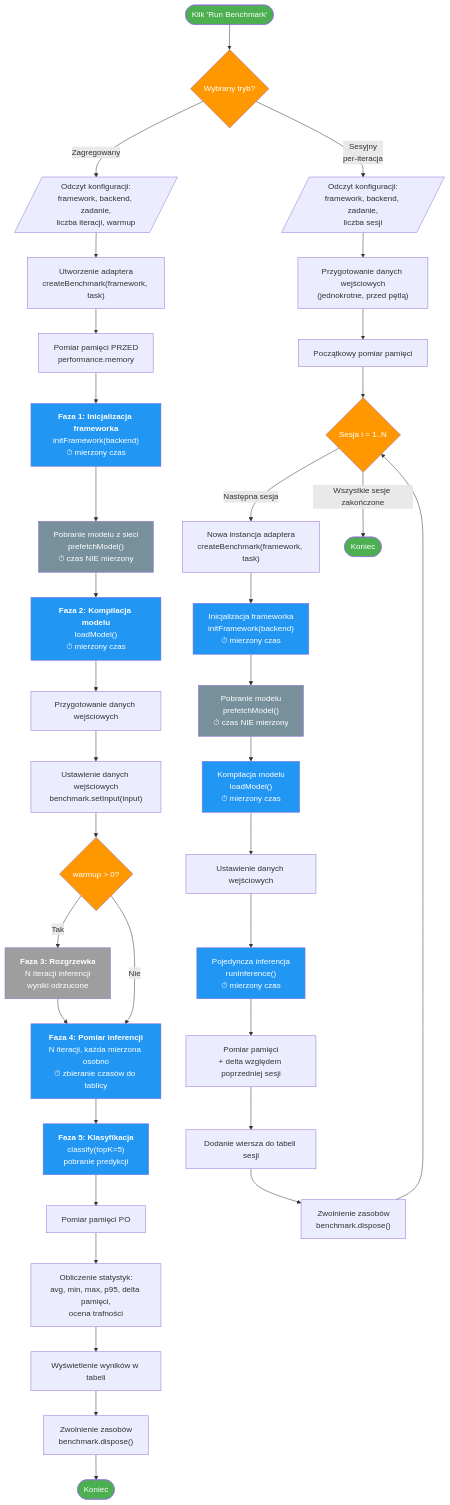
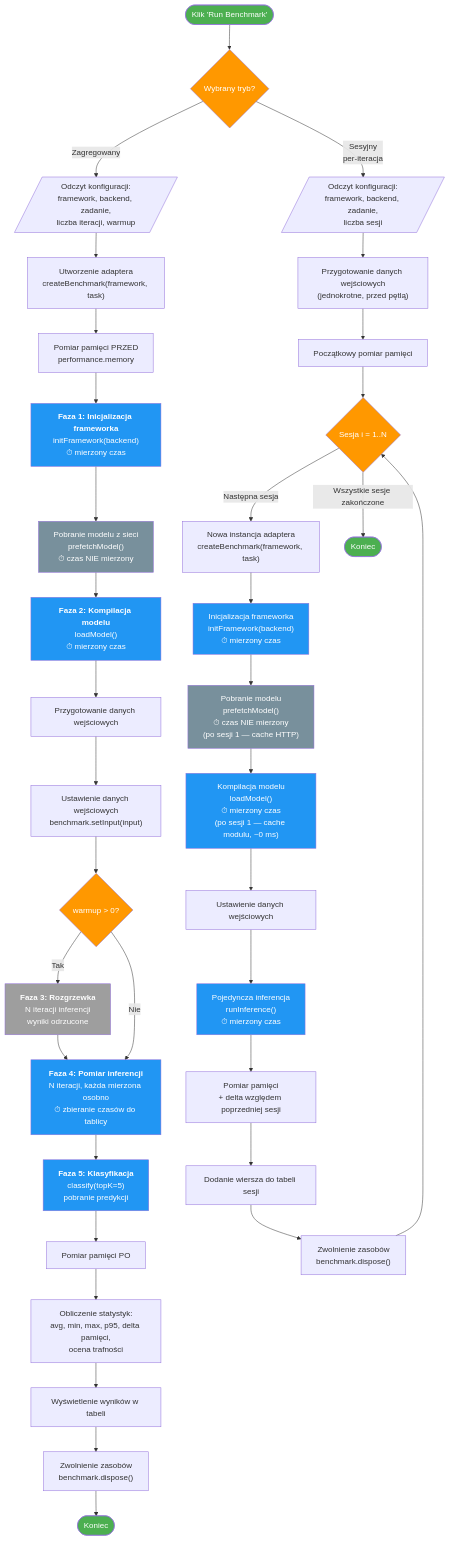
One commit to amalolepszy/local-models-benchmark changed the diagram in docs/benchmark-flow.md. Above: the diagram before and after it, drawn with Mermaid. The commit also changed other lines of this file and 2 other files, not shown here.

````diff
--- a/docs/benchmark-flow.md
+++ b/docs/benchmark-flow.md
@@ -3,62 +3,62 @@
 ```mermaid
 flowchart TD
     Start([Klik 'Run Benchmark']) --> ModeCheck{Wybrany tryb?}
 
     %% ===== TRYB ZAGREGOWANY =====
     ModeCheck -->|Zagregowany| A_Config[/Odczyt konfiguracji:<br/>framework, backend, zadanie,<br/>liczba iteracji, warmup/]
     A_Config --> A_Create["Utworzenie adaptera<br/>createBenchmark(framework, task)"]
     A_Create --> A_MemBefore["Pomiar pamięci PRZED<br/>performance.memory"]
     A_MemBefore --> A_Init["<b>Faza 1: Inicjalizacja frameworka</b><br/>initFramework(backend)<br/>⏱ mierzony czas"]
     A_Init --> A_Prefetch["Pobranie modelu z sieci<br/>prefetchModel()<br/>⏱ czas NIE mierzony"]
     A_Prefetch --> A_Load["<b>Faza 2: Kompilacja modelu</b><br/>loadModel()<br/>⏱ mierzony czas"]
     A_Load --> A_Input["Przygotowanie danych wejściowych"]
     A_Input --> A_SetInput["Ustawienie danych wejściowych<br/>benchmark.setInput(input)"]
     A_SetInput --> A_WarmupCheck{warmup > 0?}
     A_WarmupCheck -->|Tak| A_Warmup["<b>Faza 3: Rozgrzewka</b><br/>N iteracji inferencji<br/>wyniki odrzucone"]
     A_Warmup --> A_Infer
     A_WarmupCheck -->|Nie| A_Infer
     A_Infer["<b>Faza 4: Pomiar inferencji</b><br/>N iteracji, każda mierzona osobno<br/>⏱ zbieranie czasów do tablicy"]
     A_Infer --> A_Classify["<b>Faza 5: Klasyfikacja</b><br/>classify(topK=5)<br/>pobranie predykcji"]
     A_Classify --> A_MemAfter["Pomiar pamięci PO"]
     A_MemAfter --> A_Stats["Obliczenie statystyk:<br/>avg, min, max, p95, delta pamięci,<br/>ocena trafności"]
     A_Stats --> A_Display["Wyświetlenie wyników w tabeli"]
     A_Display --> A_Dispose["Zwolnienie zasobów<br/>benchmark.dispose()"]
     A_Dispose --> A_End([Koniec])
 
     %% ===== TRYB SESYJNY =====
     ModeCheck -->|Sesyjny<br/>per-iteracja| S_Config[/Odczyt konfiguracji:<br/>framework, backend, zadanie,<br/>liczba sesji/]
     S_Config --> S_Input["Przygotowanie danych wejściowych<br/>(jednokrotne, przed pętlą)"]
     S_Input --> S_MemInit["Początkowy pomiar pamięci"]
     S_MemInit --> S_Loop{"Sesja i = 1..N"}
 
     S_Loop -->|Następna sesja| S_Create["Nowa instancja adaptera<br/>createBenchmark(framework, task)"]
     S_Create --> S_Init["Inicjalizacja frameworka<br/>initFramework(backend)<br/>⏱ mierzony czas"]
-    S_Init --> S_Prefetch["Pobranie modelu<br/>prefetchModel()<br/>⏱ czas NIE mierzony"]
-    S_Prefetch --> S_Load["Kompilacja modelu<br/>loadModel()<br/>⏱ mierzony czas"]
+    S_Init --> S_Prefetch["Pobranie modelu<br/>prefetchModel()<br/>⏱ czas NIE mierzony<br/>(po sesji 1 — cache HTTP)"]
+    S_Prefetch --> S_Load["Kompilacja modelu<br/>loadModel()<br/>⏱ mierzony czas<br/>(po sesji 1 — cache modulu, ~0 ms)"]
     S_Load --> S_SetInput["Ustawienie danych wejściowych"]
     S_SetInput --> S_Infer["Pojedyncza inferencja<br/>runInference()<br/>⏱ mierzony czas"]
     S_Infer --> S_Mem["Pomiar pamięci<br/>+ delta względem poprzedniej sesji"]
     S_Mem --> S_Row["Dodanie wiersza do tabeli sesji"]
     S_Row --> S_Dispose["Zwolnienie zasobów<br/>benchmark.dispose()"]
     S_Dispose --> S_Loop
 
     S_Loop -->|Wszystkie sesje zakończone| S_End([Koniec])
 
     %% ===== STYL =====
     style Start fill:#4CAF50,color:#fff
     style A_End fill:#4CAF50,color:#fff
     style S_End fill:#4CAF50,color:#fff
     style ModeCheck fill:#FF9800,color:#fff
     style A_WarmupCheck fill:#FF9800,color:#fff
     style S_Loop fill:#FF9800,color:#fff
     style A_Init fill:#2196F3,color:#fff
     style A_Load fill:#2196F3,color:#fff
     style A_Warmup fill:#9E9E9E,color:#fff
     style A_Infer fill:#2196F3,color:#fff
     style A_Classify fill:#2196F3,color:#fff
     style S_Init fill:#2196F3,color:#fff
     style S_Load fill:#2196F3,color:#fff
     style S_Infer fill:#2196F3,color:#fff
     style A_Prefetch fill:#78909C,color:#fff
     style S_Prefetch fill:#78909C,color:#fff
 ```
````
